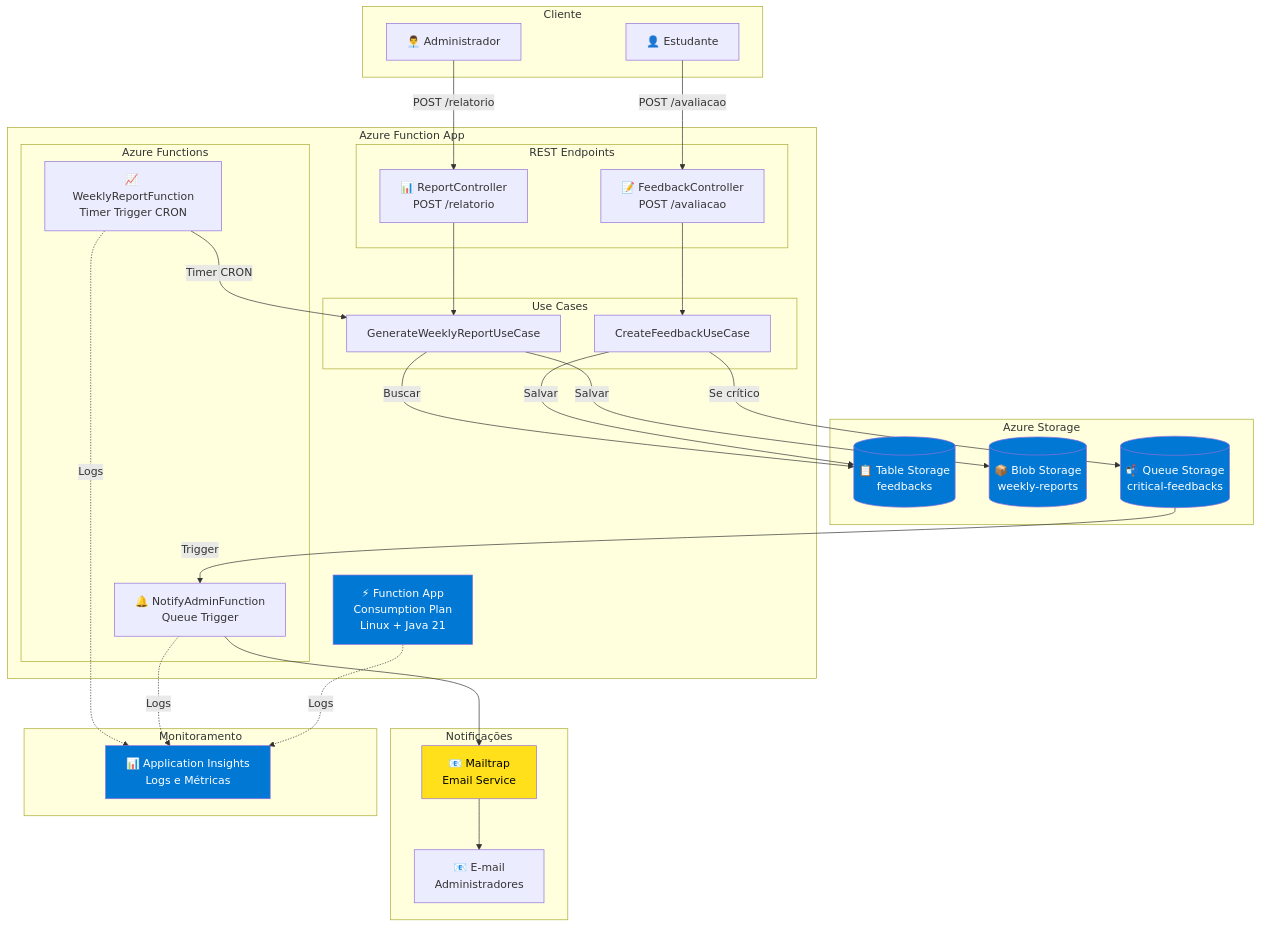
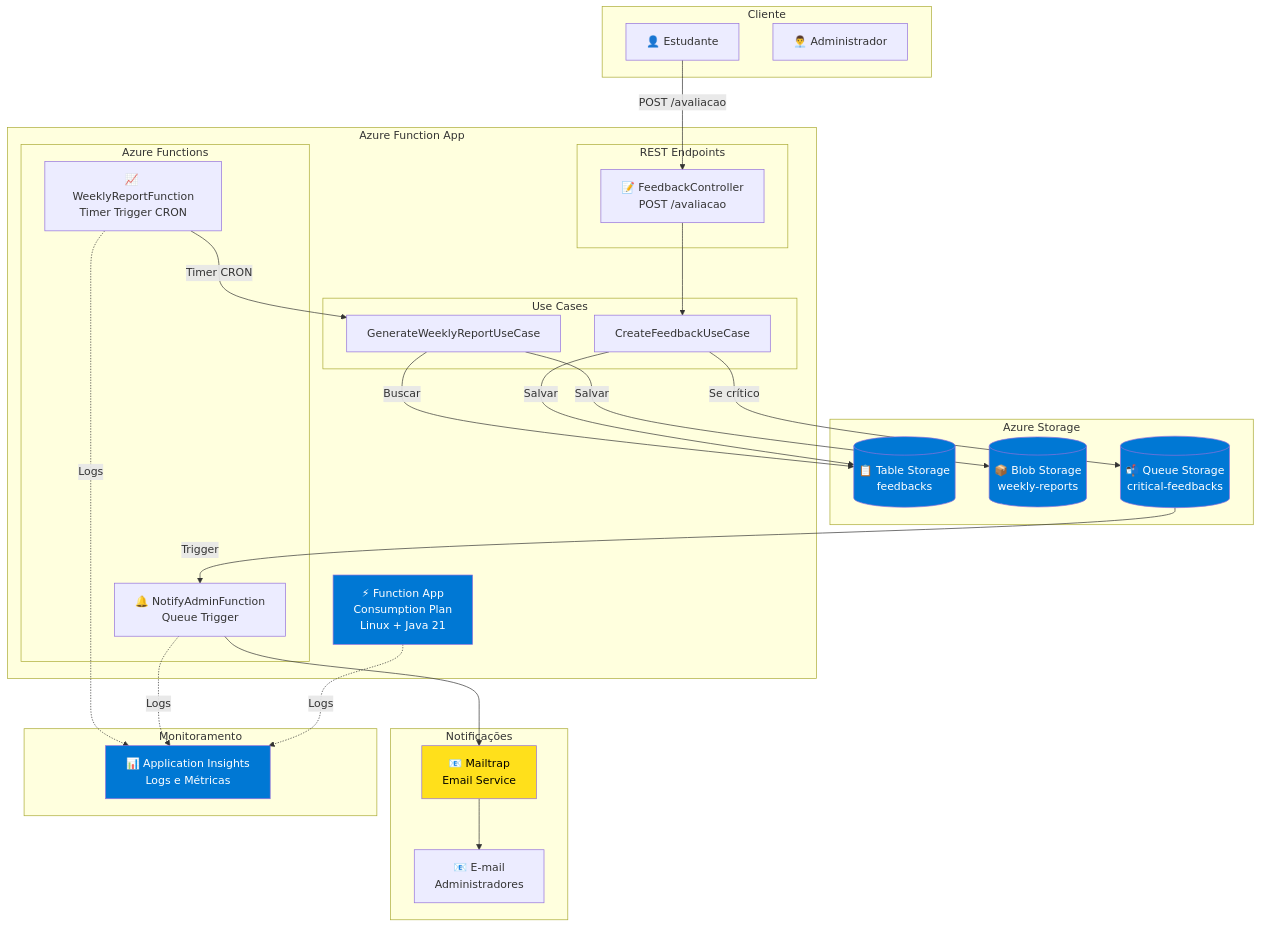
One commit to luizffdemoraes/feedback-sync changed the first of 9 diagrams in README.md. Above: the diagram before and after it, drawn with Mermaid. The commit also changed other lines of this file and 10 other files, not shown here.

````diff
--- a/README.md
+++ b/README.md
@@ -291,67 +267,63 @@
 ```mermaid
 graph TB
     subgraph "Cliente"
         Estudante[👤 Estudante]
         Admin[👨‍💼 Administrador]
     end
 
     subgraph "Azure Function App"
         FuncApp[⚡ Function App<br/>Consumption Plan<br/>Linux + Java 21]
         
         subgraph "REST Endpoints"
             FeedbackCtrl[📝 FeedbackController<br/>POST /avaliacao]
-            ReportCtrl[📊 ReportController<br/>POST /relatorio]
         end
         
         subgraph "Azure Functions"
             NotifyFunc[🔔 NotifyAdminFunction<br/>Queue Trigger]
             WeeklyFunc[📈 WeeklyReportFunction<br/>Timer Trigger CRON]
         end
         
         subgraph "Use Cases"
             CreateUC[CreateFeedbackUseCase]
             ReportUC[GenerateWeeklyReportUseCase]
         end
     end
 
     subgraph "Azure Storage"
         TableStorage[(📋 Table Storage<br/>feedbacks)]
         BlobStorage[(📦 Blob Storage<br/>weekly-reports)]
         QueueStorage[(📬 Queue Storage<br/>critical-feedbacks)]
     end
 
     subgraph "Notificações"
         Mailtrap[📧 Mailtrap<br/>Email Service]
         Email[📧 E-mail<br/>Administradores]
     end
 
     subgraph "Monitoramento"
         AppInsights[📊 Application Insights<br/>Logs e Métricas]
     end
 
     Estudante -->|POST /avaliacao| FeedbackCtrl
     FeedbackCtrl --> CreateUC
     CreateUC -->|Salvar| TableStorage
     CreateUC -->|Se crítico| QueueStorage
     QueueStorage -->|Trigger| NotifyFunc
     NotifyFunc --> Mailtrap
     Mailtrap --> Email
     
     WeeklyFunc -->|Timer CRON| ReportUC
     ReportUC -->|Buscar| TableStorage
     ReportUC -->|Salvar| BlobStorage
     
-    Admin -->|POST /relatorio| ReportCtrl
-    ReportCtrl --> ReportUC
-    
     FuncApp -.->|Logs| AppInsights
     NotifyFunc -.->|Logs| AppInsights
     WeeklyFunc -.->|Logs| AppInsights
 
     style FuncApp fill:#0078D4,color:#fff
     style TableStorage fill:#0078D4,color:#fff
     style BlobStorage fill:#0078D4,color:#fff
     style QueueStorage fill:#0078D4,color:#fff
     style Mailtrap fill:#FFE01B,color:#000
     style AppInsights fill:#0078D4,color:#fff
 ```
````
